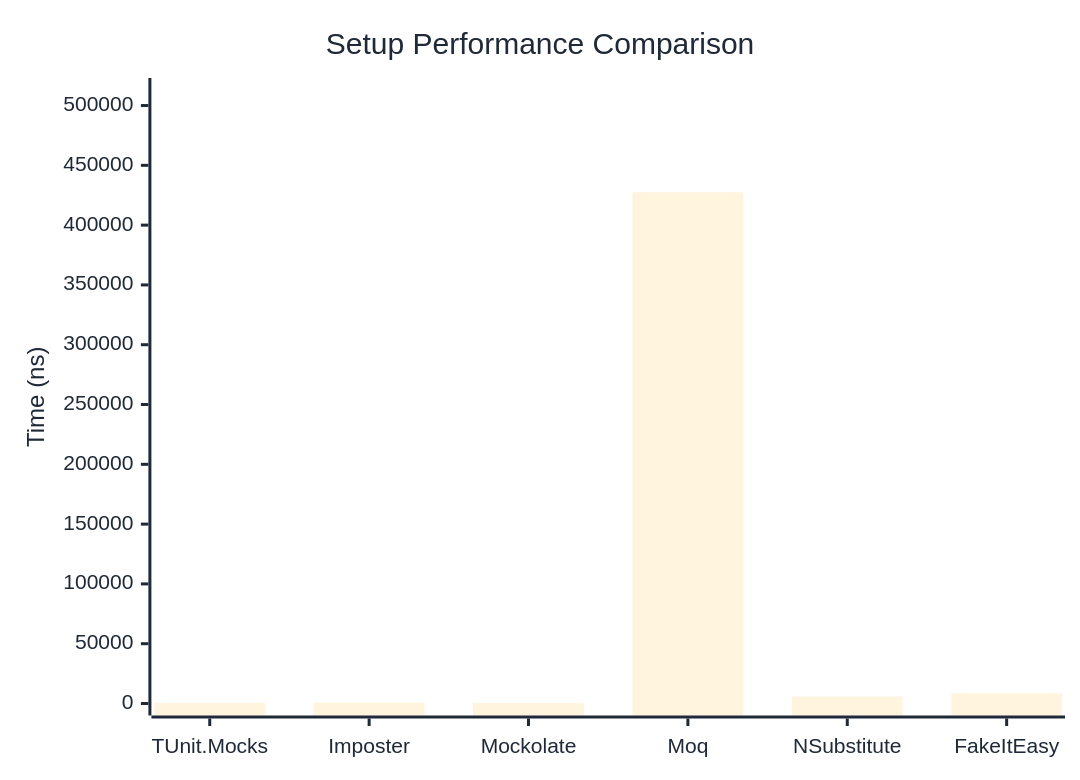
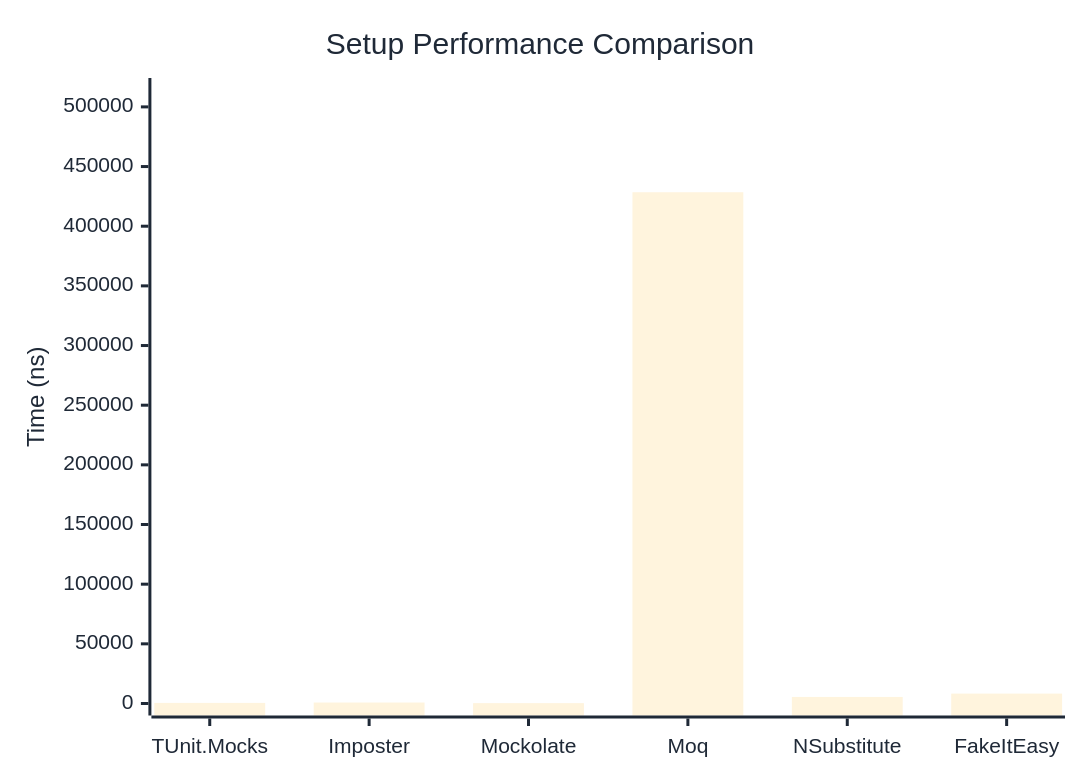
The first of 2 diagrams in docs/docs/benchmarks/mocks/Setup.md (thomhurst/TUnit), drawn with Mermaid before and after one commit. The commit also changed other lines of this file and 14 other files, not shown here.

````diff
--- a/docs/docs/benchmarks/mocks/Setup.md
+++ b/docs/docs/benchmarks/mocks/Setup.md
@@ -30,27 +30,27 @@
 ```mermaid
 %%{init: {
   'theme':'base',
   'themeVariables': {
     'primaryColor': '#2563eb',
     'primaryTextColor': '#1f2937',
     'primaryBorderColor': '#1e40af',
     'lineColor': '#6b7280',
     'secondaryColor': '#7c3aed',
     'tertiaryColor': '#dc2626',
     'background': '#ffffff',
     'pie1': '#2563eb',
     'pie2': '#7c3aed',
     'pie3': '#dc2626',
     'pie4': '#f59e0b',
     'pie5': '#10b981',
     'pie6': '#06b6d4',
     'pie7': '#ec4899',
     'pie8': '#6366f1'
   }
 }}%%
 xychart-beta
   title "Setup Performance Comparison"
   x-axis ["TUnit.Mocks", "Imposter", "Mockolate", "Moq", "NSubstitute", "FakeItEasy"]
-  y-axis "Time (ns)" 0 --> 512989
-  bar [540.2, 813, 313, 427490.8, 5834.8, 8458.2]
+  y-axis "Time (ns)" 0 --> 514154
+  bar [511.3, 811.3, 303.7, 428461.6, 5494.5, 8294.5]
 ```
````
